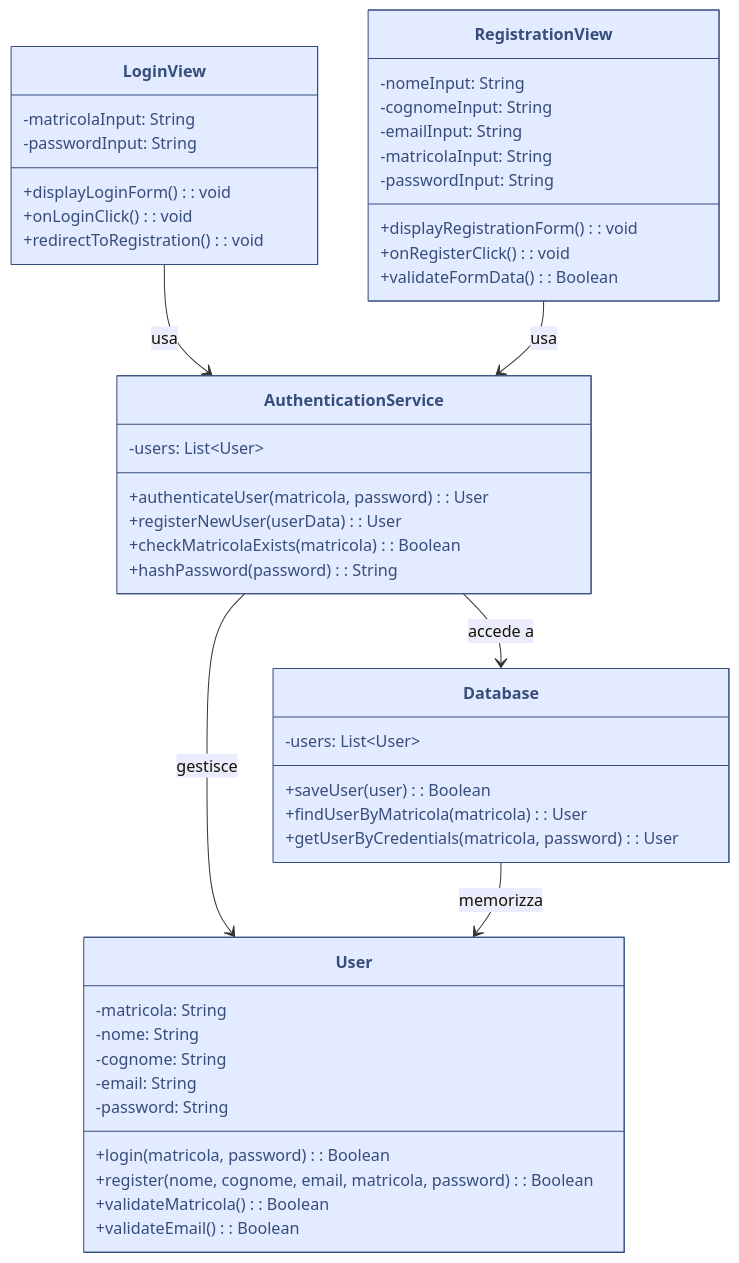
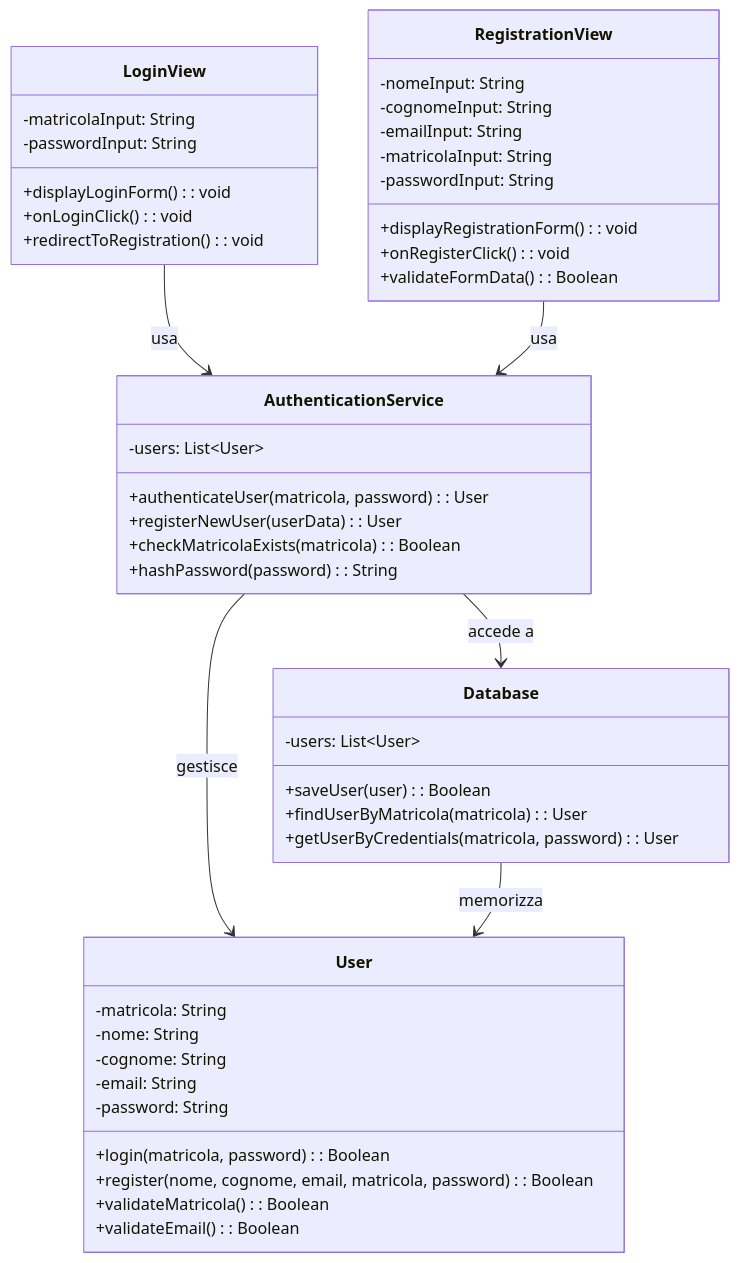
One commit to Sil2564/unibo_tutoring changed the third of 6 diagrams in README.md. Above: the diagram before and after it, drawn with Mermaid.

Commit message:
Update README.md : fix UML login and registration

````diff
--- a/README.md
+++ b/README.md
@@ -170,63 +170,50 @@
 ```mermaid
 classDiagram
-direction TB
     class User {
-	    -matricola: String
-	    -nome: String
-	    -cognome: String
-	    -email: String
-	    -password: String
-	    +login(matricola, password) : Boolean
-	    +register(nome, cognome, email, matricola, password) : Boolean
-	    +validateMatricola() : Boolean
-	    +validateEmail() : Boolean
+        -matricola: String
+        -nome: String
+        -cognome: String
+        -email: String
+        -password: String
+        +login(matricola, password): Boolean
+        +register(nome, cognome, email, matricola, password): Boolean
+        +validateMatricola(): Boolean
+        +validateEmail(): Boolean
     }
+    class AuthenticationService {
+        -users: List~User~
+        +authenticateUser(matricola, password): User
+        +registerNewUser(userData): User
+        +checkMatricolaExists(matricola): Boolean
+        +hashPassword(password): String
+    }
+    class LoginView {
+        -matricolaInput: String
+        -passwordInput: String
+        +displayLoginForm(): void
+        +onLoginClick(): void
+        +redirectToRegistration(): void
+    }
+    class RegistrationView {
+        -nomeInput: String
+        -cognomeInput: String
+        -emailInput: String
+        -matricolaInput: String
+        -passwordInput: String
+        +displayRegistrationForm(): void
+        +onRegisterClick(): void
+        +validateFormData(): Boolean
+    }
+    class Database {
+        -users: List~User~
+        +saveUser(user): Boolean
+        +findUserByMatricola(matricola): User
+        +getUserByCredentials(matricola, password): User
+    }
+    LoginView --> AuthenticationService: usa
+    RegistrationView --> AuthenticationService: usa
+    AuthenticationService --> Database: accede a
+    AuthenticationService --> User: gestisce
+    Database --> User: memorizza
 
-    class AuthenticationService {
-	    -users: List~User~
-	    +authenticateUser(matricola, password) : User
-	    +registerNewUser(userData) : User
-	    +checkMatricolaExists(matricola) : Boolean
-	    +hashPassword(password) : String
-    }
-
-    class LoginView {
-	    -matricolaInput: String
-	    -passwordInput: String
-	    +displayLoginForm() : void
-	    +onLoginClick() : void
-	    +redirectToRegistration() : void
-    }
-
-    class RegistrationView {
-	    -nomeInput: String
-	    -cognomeInput: String
-	    -emailInput: String
-	    -matricolaInput: String
-	    -passwordInput: String
-	    +displayRegistrationForm() : void
-	    +onRegisterClick() : void
-	    +validateFormData() : Boolean
-    }
-
-    class Database {
-	    -users: List~User~
-	    +saveUser(user) : Boolean
-	    +findUserByMatricola(matricola) : User
-	    +getUserByCredentials(matricola, password) : User
-    }
-
-    LoginView --> AuthenticationService : usa
-    RegistrationView --> AuthenticationService : usa
-    AuthenticationService --> Database : accede a
-    AuthenticationService --> User : gestisce
-    Database --> User : memorizza
-
-	class User:::Sky
-	class AuthenticationService:::Sky
-	class LoginView:::Sky
-	class RegistrationView:::Sky
-	class Database:::Sky
-
-	classDef Sky :,stroke-width:1px,stroke-dasharray:none,stroke:#374D7C,fill:#E2EBFF,color:#374D7C,stroke-width:1px,stroke-dasharray:none,stroke:#374D7C,fill:#E2EBFF,color:#374D7C,stroke-width:1px,stroke-dasharray:none,stroke:#374D7C,fill:#E2EBFF,color:#374D7C,stroke-width:1px,stroke-dasharray:none,stroke:#374D7C,fill:#E2EBFF,color:#374D7C,stroke-width:1px,stroke-dasharray:none,stroke:#374D7C,fill:#E2EBFF,color:#374D7C
 ```
````
